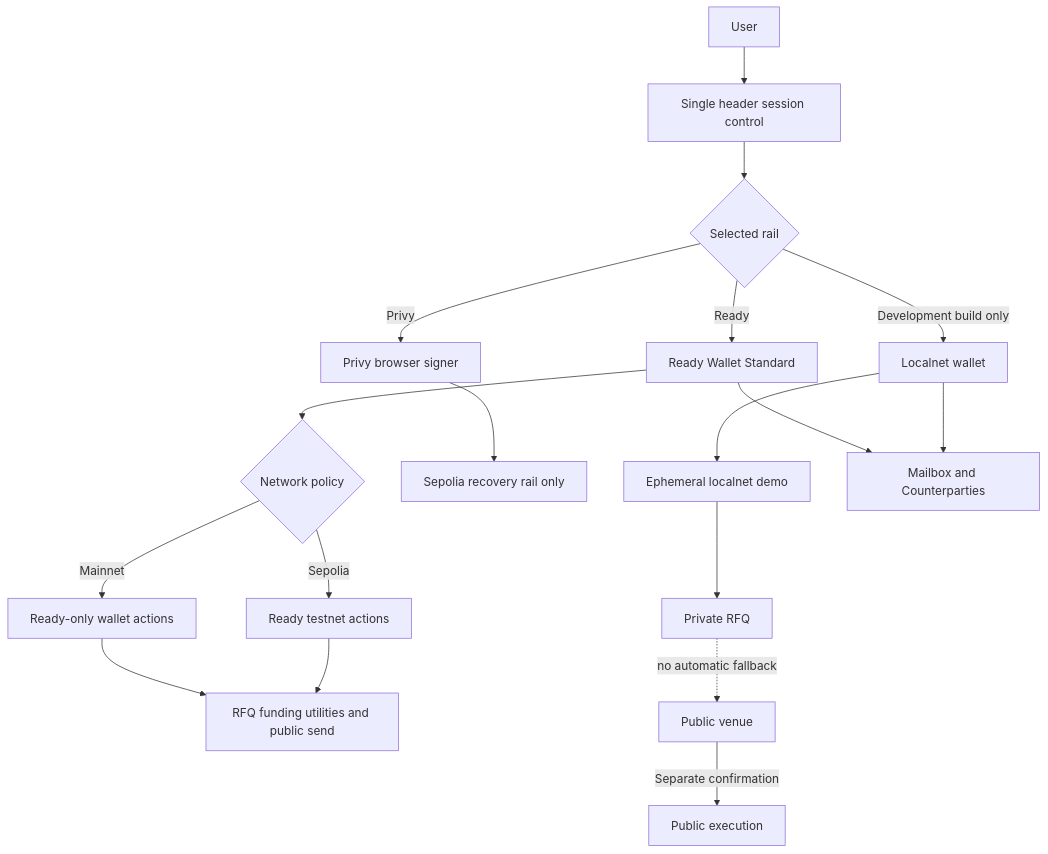
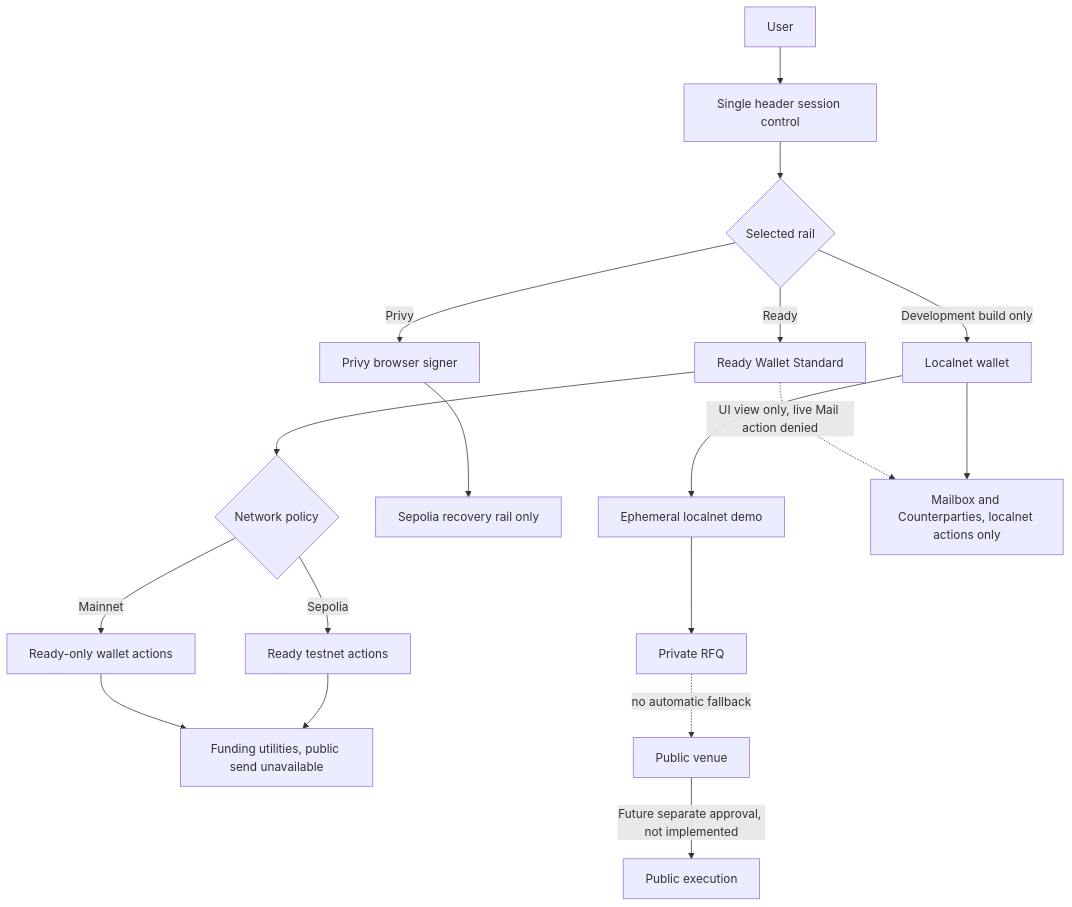
One commit to gstohl/app20 changed the first of 8 diagrams in README.md. Above: the diagram before and after it, drawn with Mermaid. The commit also changed other lines of this file and 212 other files, not shown here.

````diff
--- a/README.md
+++ b/README.md
@@ -71,23 +77,23 @@
 ```mermaid
 flowchart TD
     U[User] --> H[Single header session control]
     H --> R{Selected rail}
     R -->|Ready| W[Ready Wallet Standard]
     R -->|Privy| P[Privy browser signer]
     R -->|Development build only| L[Localnet wallet]
 
     W --> N{Network policy}
     N -->|Mainnet| M[Ready-only wallet actions]
     N -->|Sepolia| S[Ready testnet actions]
     P --> PS[Sepolia recovery rail only]
     L --> LD[Ephemeral localnet demo]
 
-    M --> V[RFQ funding utilities and public send]
+    M --> V[Funding utilities, public send unavailable]
     S --> V
     LD --> D[Private RFQ]
-    W --> MB[Mailbox and Counterparties]
+    W -. UI view only, live Mail action denied .-> MB[Mailbox and Counterparties, localnet actions only]
     L --> MB
 
     D -. no automatic fallback .-> X[Public venue]
-    X -->|Separate confirmation| PX[Public execution]
+    X -->|Future separate approval, not implemented| PX[Public execution]
 ```
````
